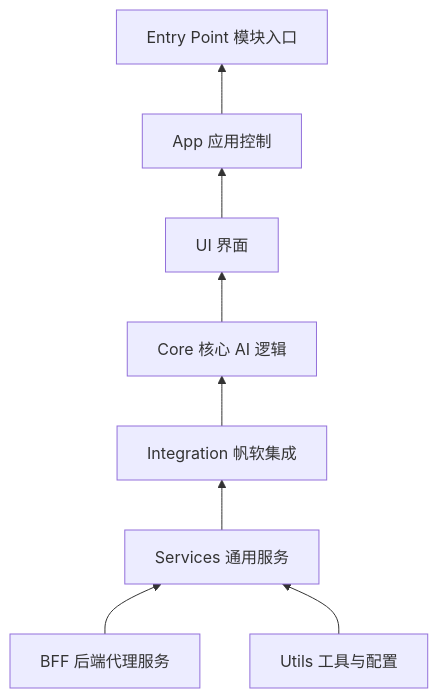
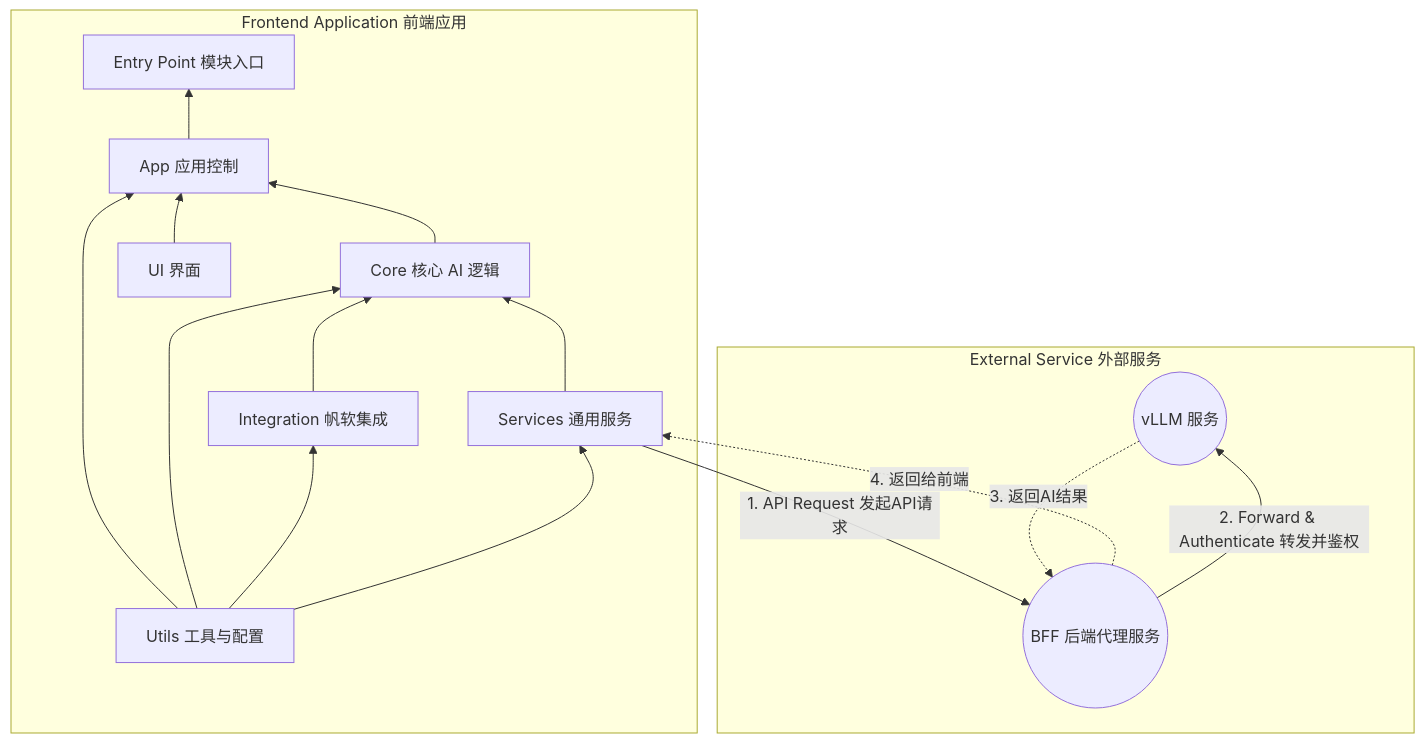
The diagram in README.md (HaochenFa/Smart-FineReport), drawn with Mermaid before and after one commit. The commit also changed other lines of this file, not shown here.

Commit message:
docs: update README to refine flowchart architecture and improve notations

````diff
--- a/README.md
+++ b/README.md
@@ -22,14 +50,33 @@
 ```mermaid
 flowchart BT
-    id0[BFF 后端代理服务]
-    id1[Utils 工具与配置]
-    id2[Services 通用服务]
-    id3[Integration 帆软集成]
-    id4[Core 核心 AI 逻辑]
-    id5[UI 界面]
-    id6[App 应用控制]
-    id7[Entry Point 模块入口]
-    id0 --> id2
+    subgraph "External Service 外部服务"
+        id0((BFF 后端代理服务))
+        id_vLLM((vLLM 服务))
+    end
+
+    subgraph "Frontend Application 前端应用"
+        id1[Utils 工具与配置]
+        id2[Services 通用服务]
+        id3[Integration 帆软集成]
+        id4[Core 核心 AI 逻辑]
+        id5[UI 界面]
+        id6[App 应用控制]
+        id7[Entry Point 模块入口]
+    end
+
+%% 依赖关系与请求流 (实线)
+    id2 -- " 1. API Request 发起API请求 " --> id0
     id1 --> id2
-    id2 --> id3 --> id4 --> id5 --> id6 --> id7
+    id1 --> id3
+    id1 --> id4
+    id1 --> id6
+    id2 --> id4
+    id3 --> id4
+    id4 --> id6
+    id5 --> id6
+    id6 --> id7
+    id0 -- " 2. Forward & Authenticate 转发并鉴权 " --> id_vLLM
+%% 响应流 (虚线)
+    id_vLLM -.->|" 3. 返回AI结果 "| id0
+    id0 -.->|" 4. 返回给前端 "| id2
 ```
````
